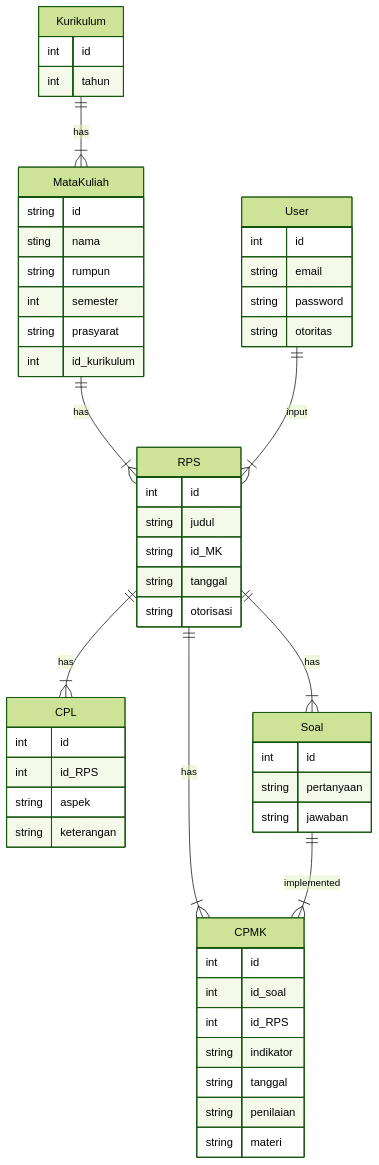
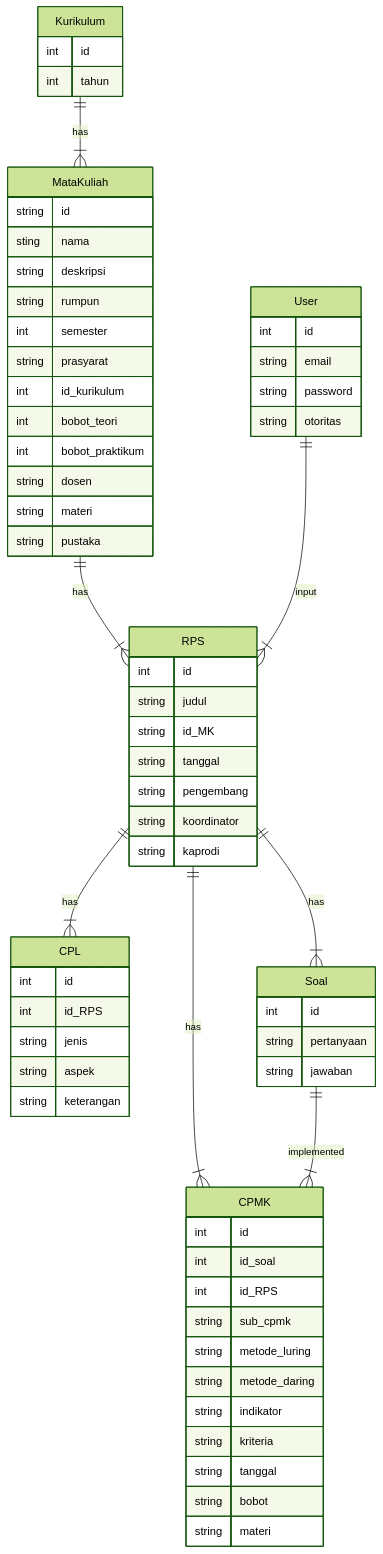
Before and after one commit to achieto/SMMP: the first of 2 diagrams in README.md, drawn with Mermaid (forest theme).

Commit message:
update erd

````diff
--- a/README.md
+++ b/README.md
@@ -2,56 +2,69 @@
 ```mermaid
 erDiagram
           Kurikulum ||--|{ MataKuliah : has
           MataKuliah ||--|{ RPS : has
           RPS ||--|{ CPL : has
           RPS ||--|{ CPMK : has
           RPS ||--|{ Soal : has
           Soal ||--|{ CPMK : implemented
           User ||--|{ RPS : input 
 
           User {
             int id
             string email
             string password
             string otoritas 
           }
           Kurikulum {
             int id
             int tahun
           }
           MataKuliah {
             string id
             sting nama
+            string deskripsi
             string rumpun
             int semester
             string prasyarat
             int id_kurikulum
+            int bobot_teori
+            int bobot_praktikum
+            string dosen
+            string materi
+            string pustaka
           }
           RPS {
             int id
             string judul
             string id_MK
             string tanggal
-            string otorisasi
+            string pengembang
+            string koordinator
+            string kaprodi
           }
           CPL {
             int id
             int id_RPS
+            string jenis
             string aspek
             string keterangan
           }
           CPMK {
             int id
             int id_soal
             int id_RPS
+            string sub_cpmk
+            string metode_luring
+            string metode_daring
             string indikator
+            string kriteria
             string tanggal
-            string penilaian
+            string bobot
             string materi
           }
           Soal {
             int id
             string pertanyaan
             string jawaban
           }
 ```
````
